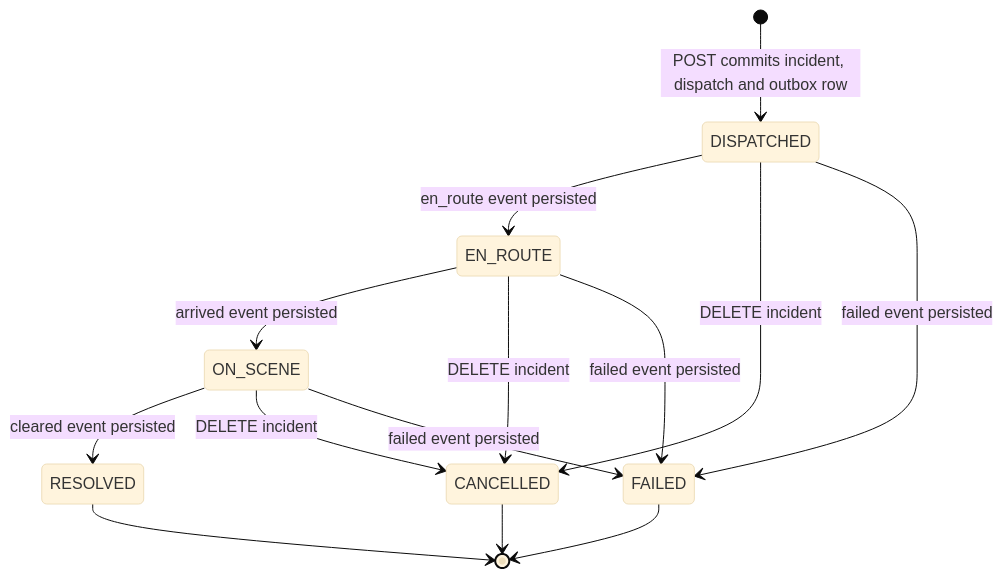
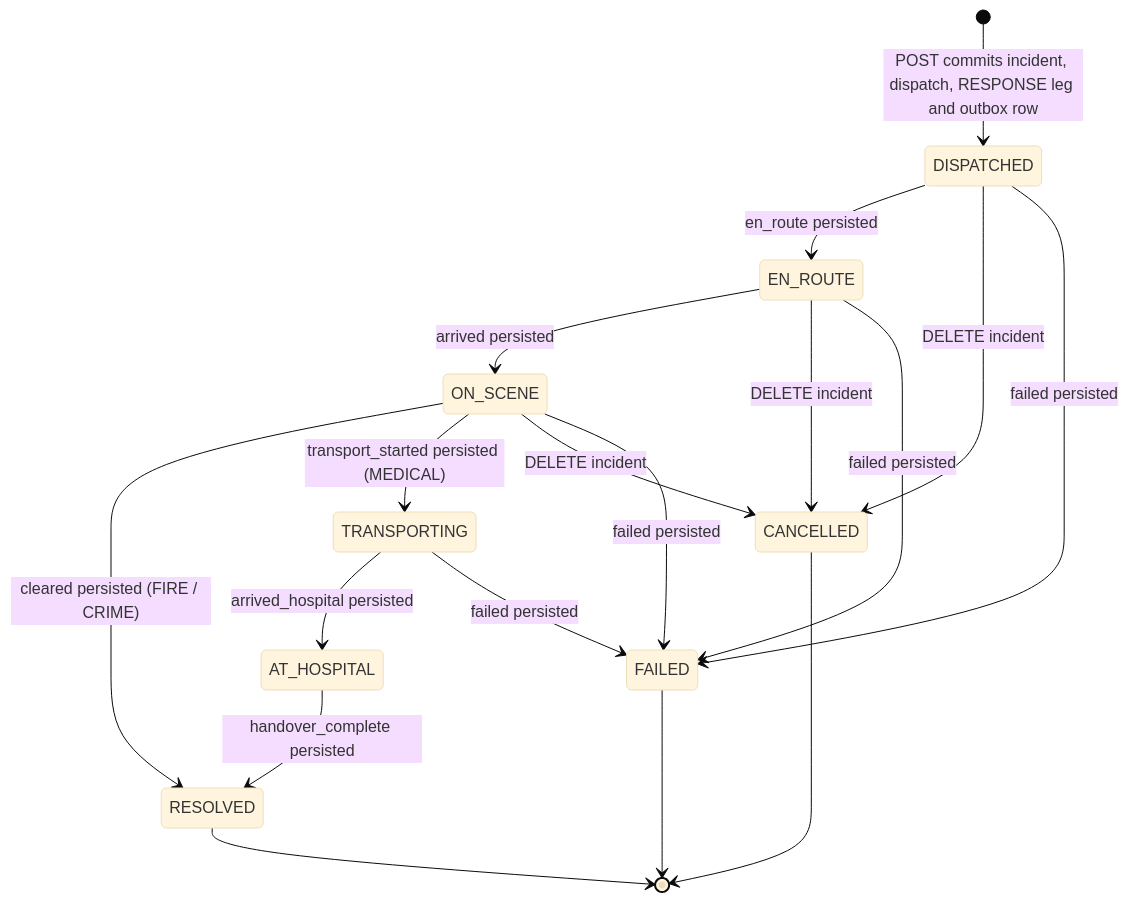
The first of 3 diagrams in docs/knowledge-bank/02-domain-rules.md (amanaanubhav/divert-ai), drawn with Mermaid (base theme) before and after one commit. The commit also changed other lines of this file and 7 other files, not shown here.

````diff
--- a/docs/knowledge-bank/02-domain-rules.md
+++ b/docs/knowledge-bank/02-domain-rules.md
@@ -276,16 +320,20 @@
 ```mermaid
 stateDiagram-v2
-    [*] --> DISPATCHED: POST commits incident, dispatch and outbox row
-    DISPATCHED --> EN_ROUTE: en_route event persisted
-    EN_ROUTE --> ON_SCENE: arrived event persisted
-    ON_SCENE --> RESOLVED: cleared event persisted
+    [*] --> DISPATCHED: POST commits incident, dispatch, RESPONSE leg and outbox row
+    DISPATCHED --> EN_ROUTE: en_route persisted
+    EN_ROUTE --> ON_SCENE: arrived persisted
+    ON_SCENE --> RESOLVED: cleared persisted (FIRE / CRIME)
+    ON_SCENE --> TRANSPORTING: transport_started persisted (MEDICAL)
+    TRANSPORTING --> AT_HOSPITAL: arrived_hospital persisted
+    AT_HOSPITAL --> RESOLVED: handover_complete persisted
     DISPATCHED --> CANCELLED: DELETE incident
     EN_ROUTE --> CANCELLED: DELETE incident
     ON_SCENE --> CANCELLED: DELETE incident
-    DISPATCHED --> FAILED: failed event persisted
-    EN_ROUTE --> FAILED: failed event persisted
-    ON_SCENE --> FAILED: failed event persisted
+    DISPATCHED --> FAILED: failed persisted
+    EN_ROUTE --> FAILED: failed persisted
+    ON_SCENE --> FAILED: failed persisted
+    TRANSPORTING --> FAILED: failed persisted
     RESOLVED --> [*]
     CANCELLED --> [*]
     FAILED --> [*]
 ```
````
